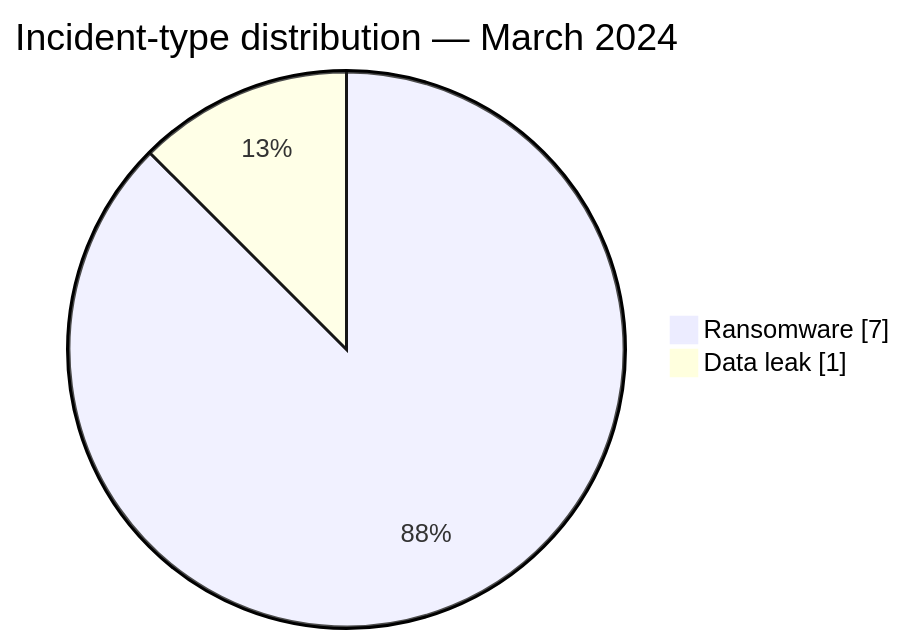
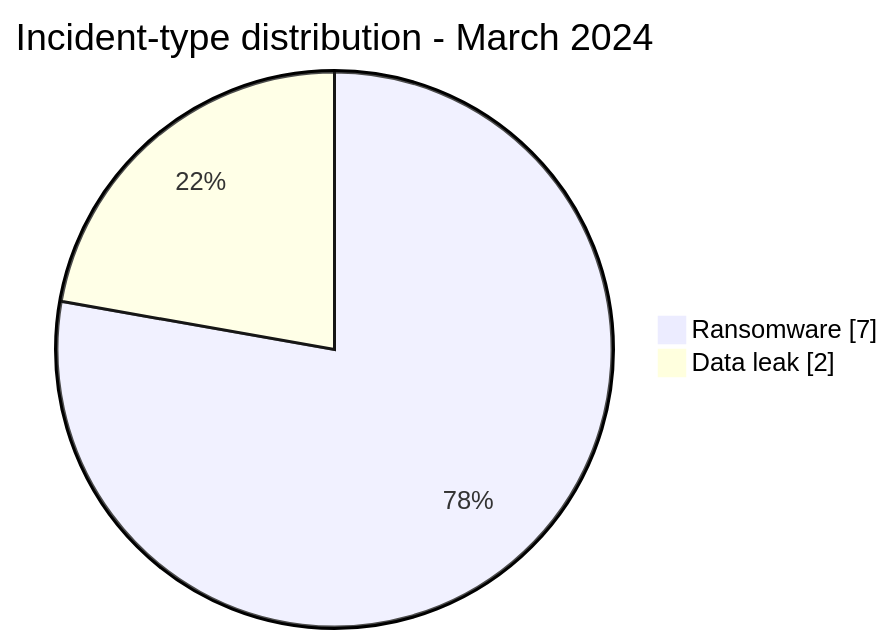
One commit to Hatchepsoute/AFRINTEL changed the second of 2 diagrams in CyberAttackAfrica/2024/03-march/README.md. Above: the diagram before and after it, drawn with Mermaid. The commit also changed other lines of this file and 182 other files, not shown here.

````diff
--- a/CyberAttackAfrica/2024/03-march/README.md
+++ b/CyberAttackAfrica/2024/03-march/README.md
@@ -53,6 +54,6 @@
 ```mermaid
 pie showData
-    title Incident-type distribution — March 2024
+    title Incident-type distribution - March 2024
     "Ransomware" : 7
-    "Data leak" : 1
+    "Data leak" : 2
 ```
````
